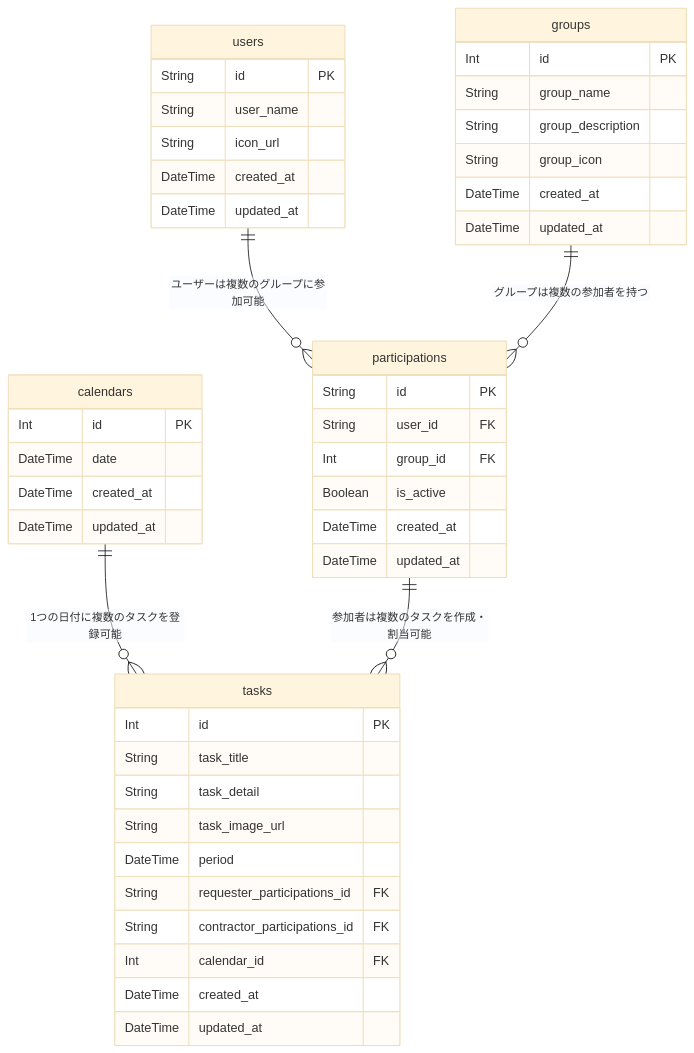
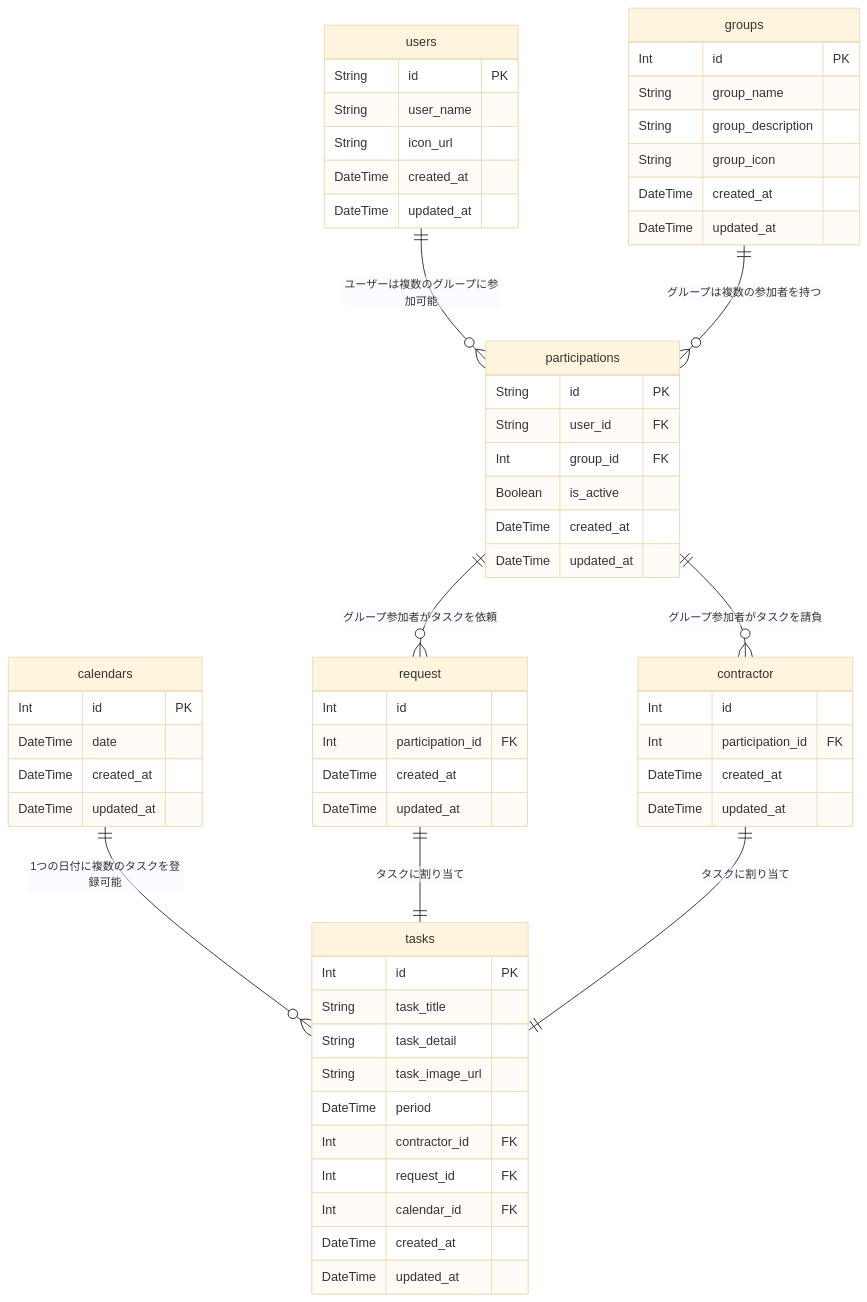
The diagram in README.md (hiroyuki20010323/portfolio), drawn with Mermaid (base theme) before and after one commit.

Commit message:
[update]一旦readmeのテーブル設計を修正

````diff
--- a/README.md
+++ b/README.md
@@ -74,51 +74,70 @@
 ```mermaid
 erDiagram
     users {
         String id PK
         String user_name
         String icon_url
         DateTime created_at
         DateTime updated_at
     }
     groups {
         Int id PK
         String group_name
         String group_description
         String group_icon
         DateTime created_at
         DateTime updated_at
     }
     participations {
         String id PK
         String user_id FK
         Int group_id FK
         Boolean is_active
         DateTime created_at
         DateTime updated_at
     }
     calendars {
         Int id PK
         DateTime date
         DateTime created_at
         DateTime updated_at
     }
+
+    request {
+      Int id
+      Int participation_id FK
+      DateTime created_at
+      DateTime updated_at
+    }
+
+    contractor {
+      Int id
+      Int participation_id FK
+      DateTime created_at
+      DateTime updated_at
+    }
+
     tasks {
         Int id PK
         String task_title
         String task_detail
         String task_image_url
         DateTime period
-        String requester_participations_id FK
-        String contractor_participations_id FK
+        Int contractor_id FK
+        Int request_id FK
         Int calendar_id FK
         DateTime created_at
         DateTime updated_at
     }
 
 %% 既存のリレーションシップ
     users ||--o{ participations : "ユーザーは複数のグループに参加可能"
     groups ||--o{ participations : "グループは複数の参加者を持つ"
     calendars ||--o{ tasks : "1つの日付に複数のタスクを登録可能"
-    participations ||--o{ tasks : "参加者は複数のタスクを作成・割当可能"
+    participations ||--o{ request : "グループ参加者がタスクを依頼"
+    participations ||--o{ contractor: "グループ参加者がタスクを請負"
+    request ||--||tasks: "タスクに割り当て"
+    contractor ||--||tasks: "タスクに割り当て"
+
 
 ```
````
